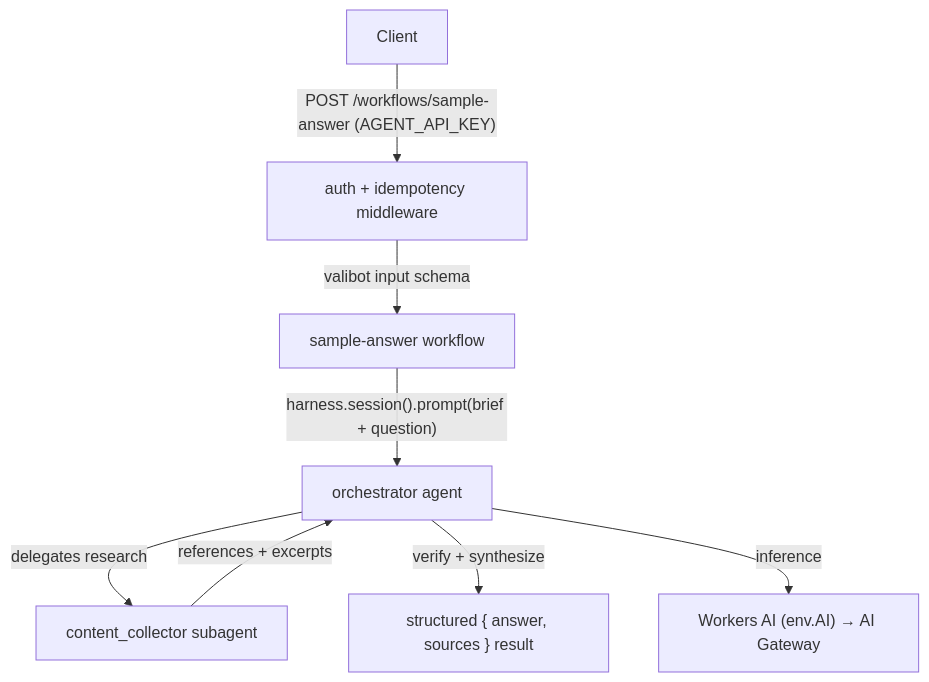
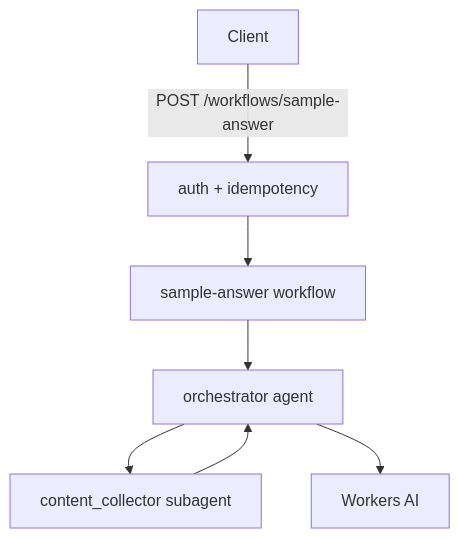
Before and after one commit to louisbrulenaudet/agentic-gtm-hackathon-monorepo: the diagram in apps/worker-agent/README.md, drawn with Mermaid. The commit also changed other lines of this file and 4 other files, not shown here.

````diff
--- a/apps/worker-agent/README.md
+++ b/apps/worker-agent/README.md
@@ -69,10 +13,9 @@
 ```mermaid
 flowchart TD
-  Client[Client] -->|"POST /workflows/sample-answer (AGENT_API_KEY)"| Guard[auth + idempotency middleware]
-  Guard -->|valibot input schema| Wf[sample-answer workflow]
-  Wf -->|"harness.session().prompt(brief + question)"| Orch[orchestrator agent]
-  Orch -->|delegates research| Collector[content_collector subagent]
-  Collector -->|references + excerpts| Orch
-  Orch -->|verify + synthesize| Answer["structured { answer, sources } result"]
-  Orch -->|inference| AI["Workers AI (env.AI) → AI Gateway"]
+  Client[Client] -->|"POST /workflows/sample-answer"| Guard[auth + idempotency]
+  Guard --> Wf[sample-answer workflow]
+  Wf --> Orch[orchestrator agent]
+  Orch --> Collector[content_collector subagent]
+  Collector --> Orch
+  Orch --> AI[Workers AI]
 ```
````
